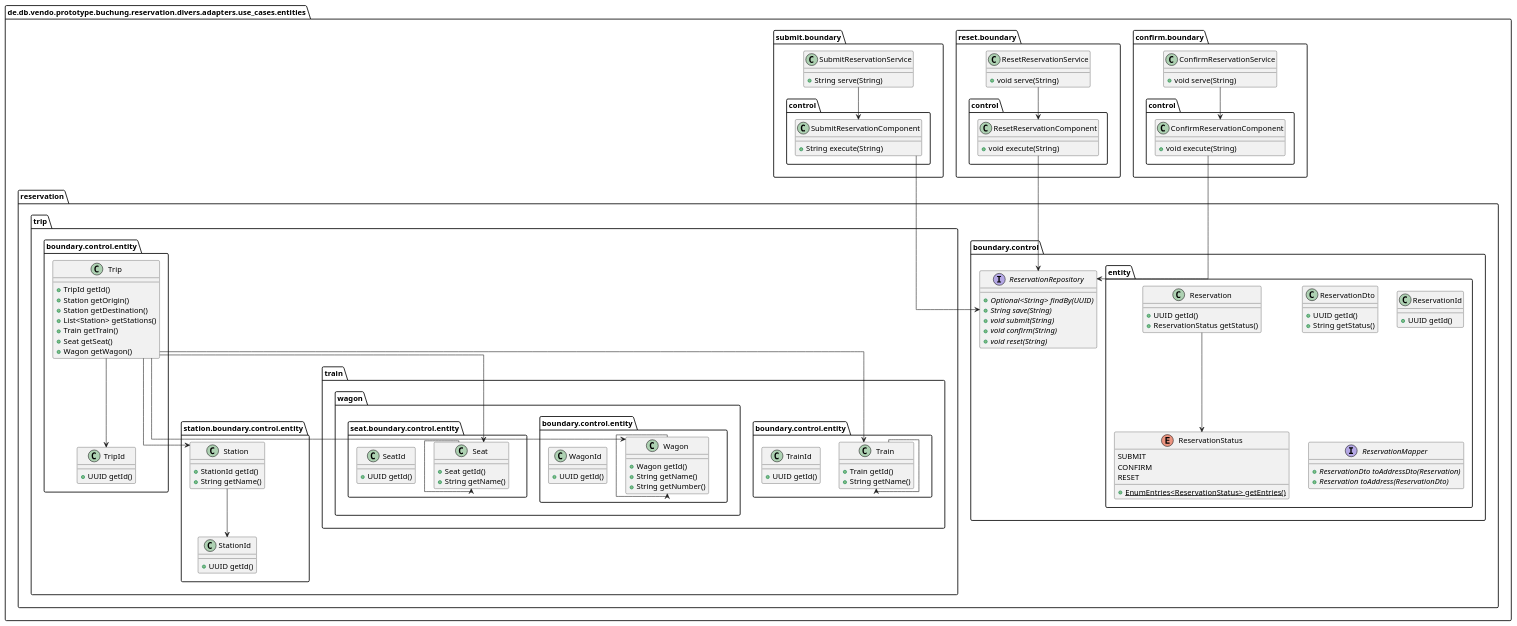
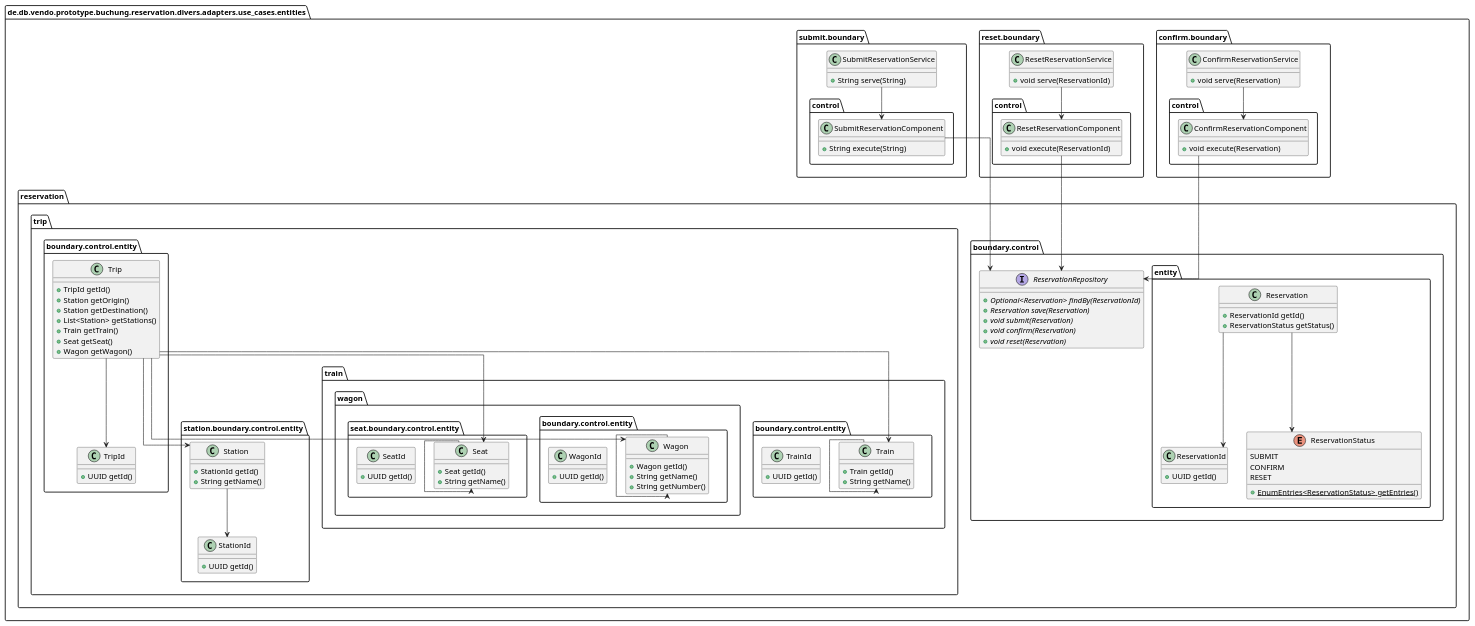
Before and after one commit to punkratz312/reservation-proto: the diagram in doc/uml/puml/entities.puml, drawn with PlantUML. The commit also changed 36 other files, not shown here.

```diff
--- a/doc/uml/puml/entities.puml
+++ b/doc/uml/puml/entities.puml
@@ -1,110 +1,103 @@
 @startuml
 !pragma useIntermediatePackages false
 skinparam linetype ortho
 show stereotype
 
 class "ConfirmReservationService" as de.db.vendo.prototype.buchung.reservation.divers.adapters.use_cases.entities.confirm.boundary.ConfirmReservationService {
-  +void serve(String)
+  +void serve(Reservation)
 }
 class "ConfirmReservationComponent" as de.db.vendo.prototype.buchung.reservation.divers.adapters.use_cases.entities.confirm.boundary.control.ConfirmReservationComponent {
-  +void execute(String)
+  +void execute(Reservation)
 }
 interface "ReservationRepository" as de.db.vendo.prototype.buchung.reservation.divers.adapters.use_cases.entities.reservation.boundary.control.ReservationRepository {
-  + {abstract}Optional<String> findBy(UUID)
-  + {abstract}String save(String)
-  + {abstract}void submit(String)
-  + {abstract}void confirm(String)
-  + {abstract}void reset(String)
+  + {abstract}Optional<Reservation> findBy(ReservationId)
+  + {abstract}Reservation save(Reservation)
+  + {abstract}void submit(Reservation)
+  + {abstract}void confirm(Reservation)
+  + {abstract}void reset(Reservation)
 }
 class "Reservation" as de.db.vendo.prototype.buchung.reservation.divers.adapters.use_cases.entities.reservation.boundary.control.entity.Reservation {
-  +UUID getId()
+  +ReservationId getId()
   +ReservationStatus getStatus()
-}
-class "ReservationDto" as de.db.vendo.prototype.buchung.reservation.divers.adapters.use_cases.entities.reservation.boundary.control.entity.ReservationDto {
-  +UUID getId()
-  +String getStatus()
 }
 class "ReservationId" as de.db.vendo.prototype.buchung.reservation.divers.adapters.use_cases.entities.reservation.boundary.control.entity.ReservationId {
   +UUID getId()
-}
-interface "ReservationMapper" as de.db.vendo.prototype.buchung.reservation.divers.adapters.use_cases.entities.reservation.boundary.control.entity.ReservationMapper {
-  + {abstract}ReservationDto toAddressDto(Reservation)
-  + {abstract}Reservation toAddress(ReservationDto)
 }
 enum "ReservationStatus" as de.db.vendo.prototype.buchung.reservation.divers.adapters.use_cases.entities.reservation.boundary.control.entity.ReservationStatus {
   SUBMIT
   CONFIRM
   RESET
   __
   + {static}EnumEntries<ReservationStatus> getEntries()
 }
 class "Trip" as de.db.vendo.prototype.buchung.reservation.divers.adapters.use_cases.entities.reservation.trip.boundary.control.entity.Trip {
   +TripId getId()
   +Station getOrigin()
   +Station getDestination()
   +List<Station> getStations()
   +Train getTrain()
   +Seat getSeat()
   +Wagon getWagon()
 }
 class "TripId" as de.db.vendo.prototype.buchung.reservation.divers.adapters.use_cases.entities.reservation.trip.boundary.control.entity.TripId {
   +UUID getId()
 }
 class "Station" as de.db.vendo.prototype.buchung.reservation.divers.adapters.use_cases.entities.reservation.trip.station.boundary.control.entity.Station {
   +StationId getId()
   +String getName()
 }
 class "StationId" as de.db.vendo.prototype.buchung.reservation.divers.adapters.use_cases.entities.reservation.trip.station.boundary.control.entity.StationId {
   +UUID getId()
 }
 class "Train" as de.db.vendo.prototype.buchung.reservation.divers.adapters.use_cases.entities.reservation.trip.train.boundary.control.entity.Train {
   +Train getId()
   +String getName()
 }
 class "TrainId" as de.db.vendo.prototype.buchung.reservation.divers.adapters.use_cases.entities.reservation.trip.train.boundary.control.entity.TrainId {
   +UUID getId()
 }
 class "Wagon" as de.db.vendo.prototype.buchung.reservation.divers.adapters.use_cases.entities.reservation.trip.train.wagon.boundary.control.entity.Wagon {
   +Wagon getId()
   +String getName()
   +String getNumber()
 }
 class "WagonId" as de.db.vendo.prototype.buchung.reservation.divers.adapters.use_cases.entities.reservation.trip.train.wagon.boundary.control.entity.WagonId {
   +UUID getId()
 }
 class "Seat" as de.db.vendo.prototype.buchung.reservation.divers.adapters.use_cases.entities.reservation.trip.train.wagon.seat.boundary.control.entity.Seat {
   +Seat getId()
   +String getName()
 }
 class "SeatId" as de.db.vendo.prototype.buchung.reservation.divers.adapters.use_cases.entities.reservation.trip.train.wagon.seat.boundary.control.entity.SeatId {
   +UUID getId()
 }
 class "ResetReservationService" as de.db.vendo.prototype.buchung.reservation.divers.adapters.use_cases.entities.reset.boundary.ResetReservationService {
-  +void serve(String)
+  +void serve(ReservationId)
 }
 class "ResetReservationComponent" as de.db.vendo.prototype.buchung.reservation.divers.adapters.use_cases.entities.reset.boundary.control.ResetReservationComponent {
-  +void execute(String)
+  +void execute(ReservationId)
 }
 class "SubmitReservationService" as de.db.vendo.prototype.buchung.reservation.divers.adapters.use_cases.entities.submit.boundary.SubmitReservationService {
   +String serve(String)
 }
 class "SubmitReservationComponent" as de.db.vendo.prototype.buchung.reservation.divers.adapters.use_cases.entities.submit.boundary.control.SubmitReservationComponent {
   +String execute(String)
 }
 de.db.vendo.prototype.buchung.reservation.divers.adapters.use_cases.entities.confirm.boundary.ConfirmReservationService --> de.db.vendo.prototype.buchung.reservation.divers.adapters.use_cases.entities.confirm.boundary.control.ConfirmReservationComponent
 de.db.vendo.prototype.buchung.reservation.divers.adapters.use_cases.entities.confirm.boundary.control.ConfirmReservationComponent --> de.db.vendo.prototype.buchung.reservation.divers.adapters.use_cases.entities.reservation.boundary.control.ReservationRepository
+de.db.vendo.prototype.buchung.reservation.divers.adapters.use_cases.entities.reservation.boundary.control.entity.Reservation --> de.db.vendo.prototype.buchung.reservation.divers.adapters.use_cases.entities.reservation.boundary.control.entity.ReservationId
 de.db.vendo.prototype.buchung.reservation.divers.adapters.use_cases.entities.reservation.boundary.control.entity.Reservation --> de.db.vendo.prototype.buchung.reservation.divers.adapters.use_cases.entities.reservation.boundary.control.entity.ReservationStatus
 de.db.vendo.prototype.buchung.reservation.divers.adapters.use_cases.entities.reservation.trip.boundary.control.entity.Trip --> de.db.vendo.prototype.buchung.reservation.divers.adapters.use_cases.entities.reservation.trip.boundary.control.entity.TripId
 de.db.vendo.prototype.buchung.reservation.divers.adapters.use_cases.entities.reservation.trip.boundary.control.entity.Trip --> de.db.vendo.prototype.buchung.reservation.divers.adapters.use_cases.entities.reservation.trip.station.boundary.control.entity.Station
 de.db.vendo.prototype.buchung.reservation.divers.adapters.use_cases.entities.reservation.trip.boundary.control.entity.Trip --> de.db.vendo.prototype.buchung.reservation.divers.adapters.use_cases.entities.reservation.trip.train.wagon.seat.boundary.control.entity.Seat
 de.db.vendo.prototype.buchung.reservation.divers.adapters.use_cases.entities.reservation.trip.boundary.control.entity.Trip --> de.db.vendo.prototype.buchung.reservation.divers.adapters.use_cases.entities.reservation.trip.train.boundary.control.entity.Train
 de.db.vendo.prototype.buchung.reservation.divers.adapters.use_cases.entities.reservation.trip.boundary.control.entity.Trip --> de.db.vendo.prototype.buchung.reservation.divers.adapters.use_cases.entities.reservation.trip.train.wagon.boundary.control.entity.Wagon
 de.db.vendo.prototype.buchung.reservation.divers.adapters.use_cases.entities.reservation.trip.station.boundary.control.entity.Station --> de.db.vendo.prototype.buchung.reservation.divers.adapters.use_cases.entities.reservation.trip.station.boundary.control.entity.StationId
 de.db.vendo.prototype.buchung.reservation.divers.adapters.use_cases.entities.reservation.trip.train.boundary.control.entity.Train --> de.db.vendo.prototype.buchung.reservation.divers.adapters.use_cases.entities.reservation.trip.train.boundary.control.entity.Train
 de.db.vendo.prototype.buchung.reservation.divers.adapters.use_cases.entities.reservation.trip.train.wagon.boundary.control.entity.Wagon --> de.db.vendo.prototype.buchung.reservation.divers.adapters.use_cases.entities.reservation.trip.train.wagon.boundary.control.entity.Wagon
 de.db.vendo.prototype.buchung.reservation.divers.adapters.use_cases.entities.reservation.trip.train.wagon.seat.boundary.control.entity.Seat --> de.db.vendo.prototype.buchung.reservation.divers.adapters.use_cases.entities.reservation.trip.train.wagon.seat.boundary.control.entity.Seat
 de.db.vendo.prototype.buchung.reservation.divers.adapters.use_cases.entities.reset.boundary.ResetReservationService --> de.db.vendo.prototype.buchung.reservation.divers.adapters.use_cases.entities.reset.boundary.control.ResetReservationComponent
 de.db.vendo.prototype.buchung.reservation.divers.adapters.use_cases.entities.reset.boundary.control.ResetReservationComponent --> de.db.vendo.prototype.buchung.reservation.divers.adapters.use_cases.entities.reservation.boundary.control.ReservationRepository
 de.db.vendo.prototype.buchung.reservation.divers.adapters.use_cases.entities.submit.boundary.SubmitReservationService --> de.db.vendo.prototype.buchung.reservation.divers.adapters.use_cases.entities.submit.boundary.control.SubmitReservationComponent
 de.db.vendo.prototype.buchung.reservation.divers.adapters.use_cases.entities.submit.boundary.control.SubmitReservationComponent --> de.db.vendo.prototype.buchung.reservation.divers.adapters.use_cases.entities.reservation.boundary.control.ReservationRepository
 @enduml
```
